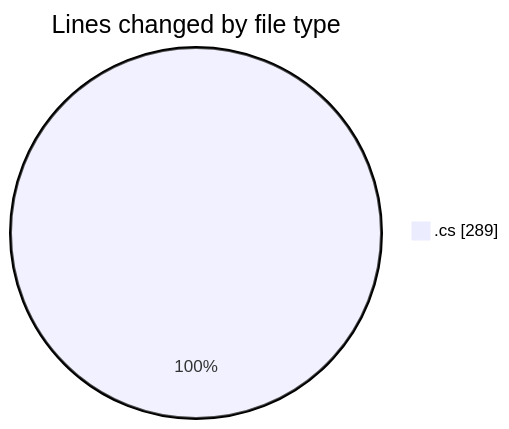
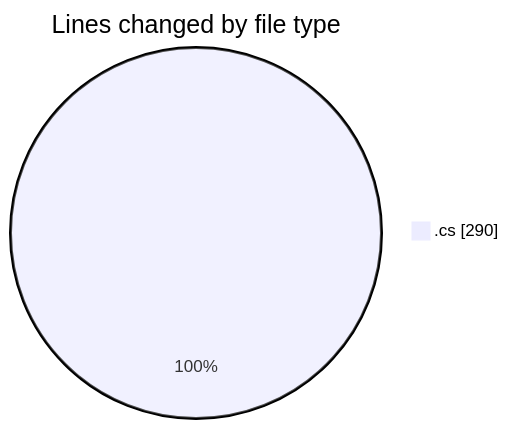
The first of 2 diagrams in 2025-04-03/back-end/README.md (Netris89/code-tracking), drawn with Mermaid before and after one commit. The commit also changed other lines of this file and 1 other file, not shown here.

````diff
--- a/2025-04-03/back-end/README.md
+++ b/2025-04-03/back-end/README.md
@@ -20,5 +20,5 @@
 ```mermaid
 pie showData
 title Lines changed by file type
-".cs" : 289
+".cs" : 290
 ```
````
